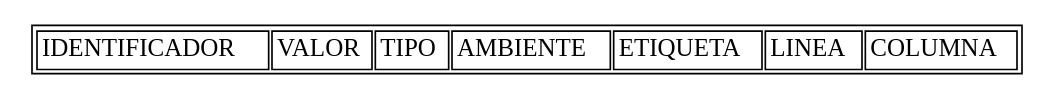
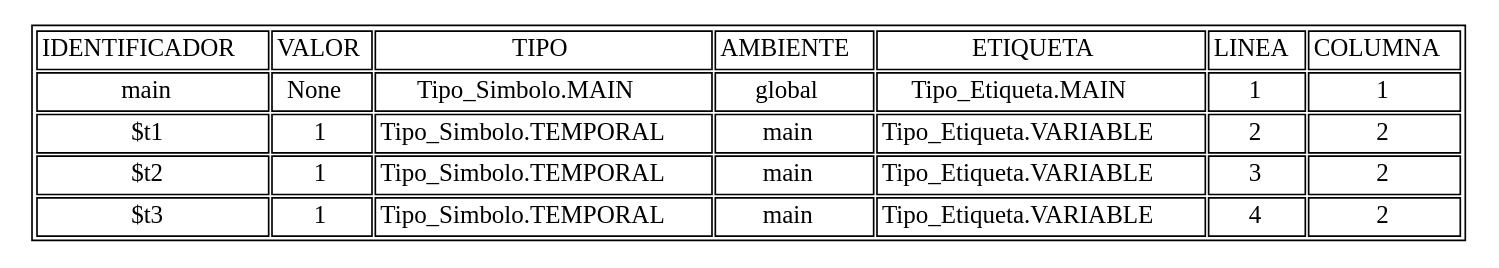
Before and after one commit to AndreeAvalos/OLC2-AUGUS: the diagram in tablasimbolos.dot, drawn with Graphviz. The commit also changed 13 other files, not shown here.

```diff
--- a/tablasimbolos.dot
+++ b/tablasimbolos.dot
@@ -1,8 +1,12 @@
 digraph tabla{
 graph [ratio=fill];node [label="\N", fontsize=15, shape=plaintext];
 graph [bb="0,0,352,154"];
 arset [label=<<TABLE ALIGN="LEFT">
 <TR><TD>IDENTIFICADOR</TD><TD>VALOR</TD><TD>TIPO</TD><TD>AMBIENTE</TD><TD>ETIQUETA</TD><TD>LINEA</TD><TD>COLUMNA</TD></TR>
+<TR><TD>main</TD><TD>None</TD><TD>Tipo_Simbolo.MAIN</TD><TD>global</TD><TD>Tipo_Etiqueta.MAIN</TD><TD>1</TD><TD>1</TD></TR>
+<TR><TD>$t1</TD><TD>1</TD><TD>Tipo_Simbolo.TEMPORAL</TD><TD>main</TD><TD>Tipo_Etiqueta.VARIABLE</TD><TD>2</TD><TD>2</TD></TR>
+<TR><TD>$t2</TD><TD>1</TD><TD>Tipo_Simbolo.TEMPORAL</TD><TD>main</TD><TD>Tipo_Etiqueta.VARIABLE</TD><TD>3</TD><TD>2</TD></TR>
+<TR><TD>$t3</TD><TD>1</TD><TD>Tipo_Simbolo.TEMPORAL</TD><TD>main</TD><TD>Tipo_Etiqueta.VARIABLE</TD><TD>4</TD><TD>2</TD></TR>
 </TABLE>
 >, ];
 }
```
